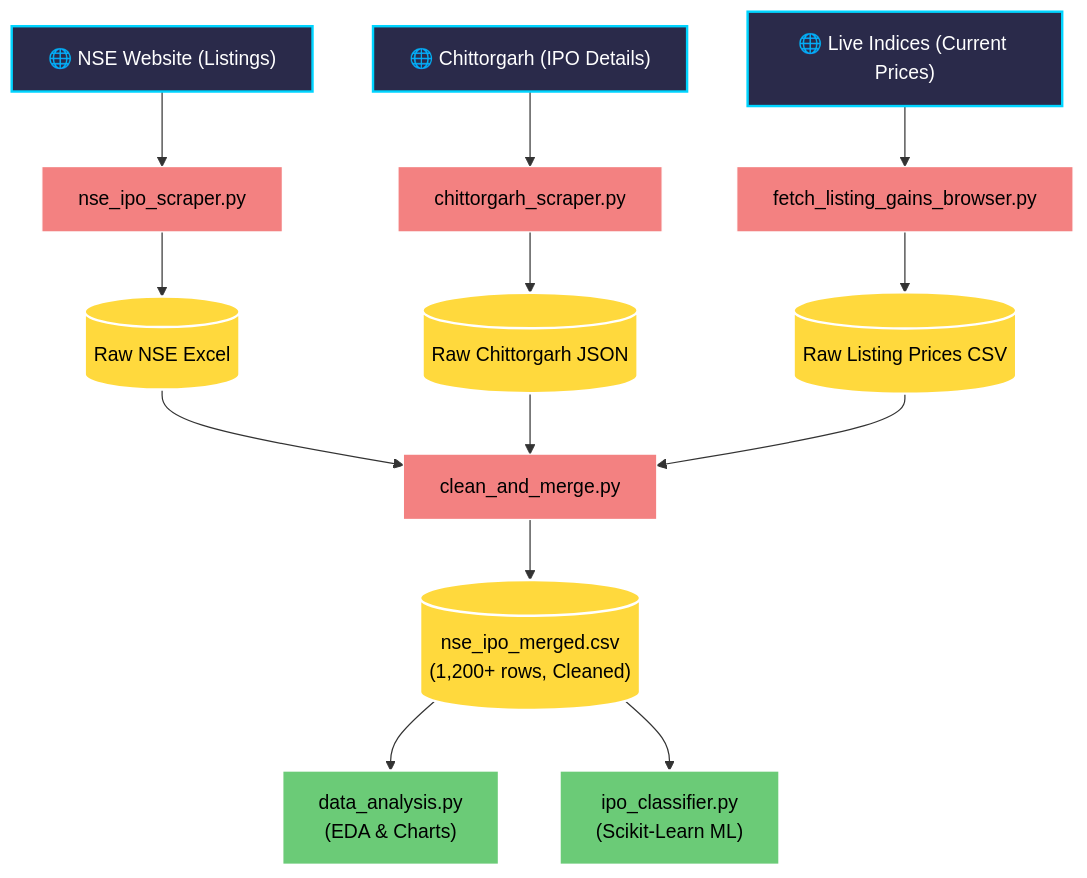
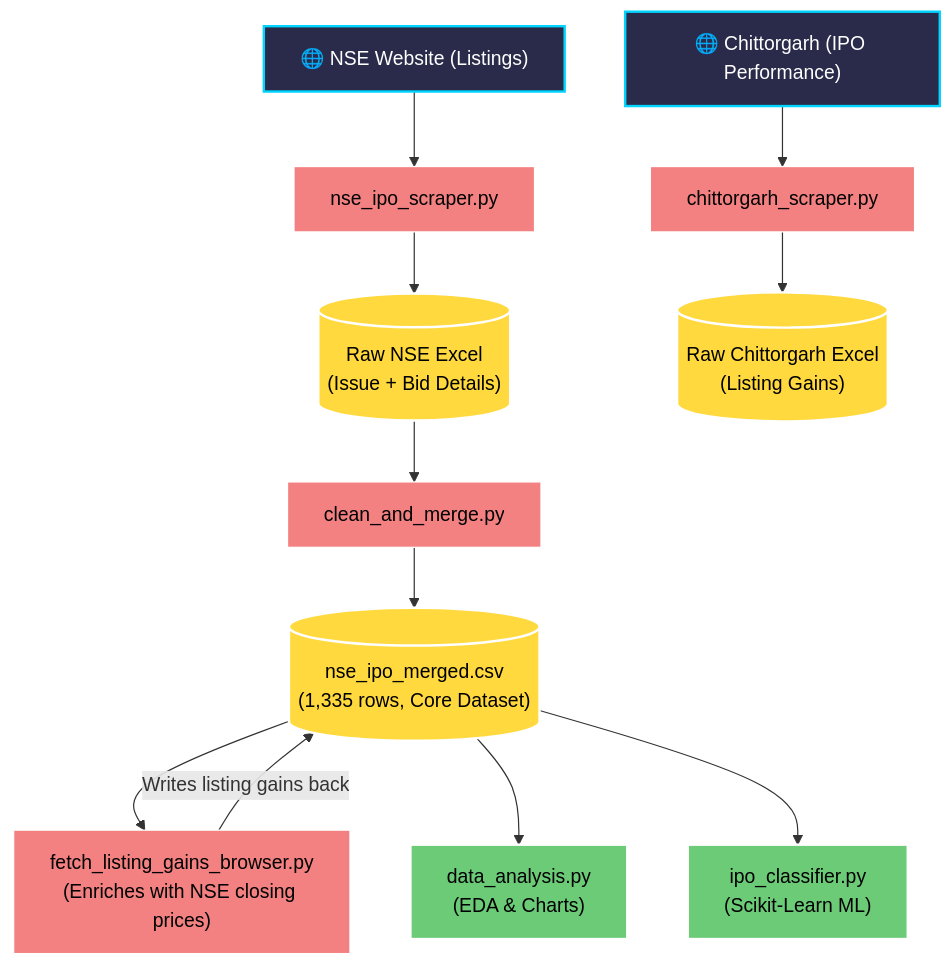
Before and after one commit to divyeeee/IPO_analyzer: the first of 2 diagrams in project_workflow.md, drawn with Mermaid. The commit also changed other lines of this file and 6 other files, not shown here.

````diff
--- a/project_workflow.md
+++ b/project_workflow.md
@@ -11,44 +11,42 @@
 ```mermaid
 flowchart TD
     %% Define styles
     classDef scraper fill:#2a2a4a,stroke:#00d4ff,stroke-width:2px,color:#fff
     classDef process fill:#f38181,stroke:#fff,stroke-width:1px,color:#000
     classDef storage fill:#ffd93d,stroke:#fff,stroke-width:2px,color:#000
     classDef output fill:#6bcb77,stroke:#fff,stroke-width:2px,color:#000
 
     %% Nodes
     A1["🌐 NSE Website (Listings)"]:::scraper
-    A2["🌐 Chittorgarh (IPO Details)"]:::scraper
-    A3["🌐 Live Indices (Current Prices)"]:::scraper
+    A2["🌐 Chittorgarh (IPO Performance)"]:::scraper
 
     B1["nse_ipo_scraper.py"]:::process
     B2["chittorgarh_scraper.py"]:::process
-    B3["fetch_listing_gains_browser.py"]:::process
 
-    C1[("Raw NSE Excel")]:::storage
-    C2[("Raw Chittorgarh JSON")]:::storage
-    C3[("Raw Listing Prices CSV")]:::storage
+    C1[("Raw NSE Excel\n(Issue + Bid Details)")]:::storage
+    C2[("Raw Chittorgarh Excel\n(Listing Gains)")]:::storage
 
     D["clean_and_merge.py"]:::process
-    E[("nse_ipo_merged.csv\n(1,200+ rows, Cleaned)")]:::storage
+    E[("nse_ipo_merged.csv\n(1,335 rows, Core Dataset)")]:::storage
+
+    B3["fetch_listing_gains_browser.py\n(Enriches with NSE closing prices)"]:::process
 
     F1["data_analysis.py\n(EDA & Charts)"]:::output
     F2["ipo_classifier.py\n(Scikit-Learn ML)"]:::output
 
     %% Connections
     A1 --> B1
     A2 --> B2
-    A3 --> B3
 
     B1 --> C1
     B2 --> C2
-    B3 --> C3
 
     C1 --> D
-    C2 --> D
-    C3 --> D
+    D --> E
 
-    D --> E
+    E --> B3
+    B3 -->|"Writes listing gains back"| E
+
     E --> F1
     E --> F2
 ```
````
